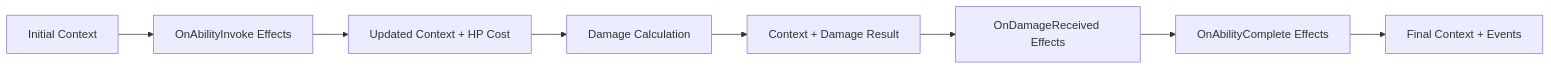
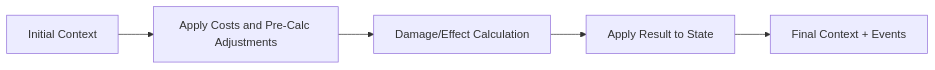
The second of 2 diagrams in docs/enhanced-effects-framework.md (AngelMunoz/Kps), drawn with Mermaid before and after one commit. The commit also changed other lines of this file and 2 other files, not shown here.

Commit message:
refactor(enhanced effects): simplify resolution flow by removing effect hooks and adopting a linear processing approach

````diff
--- a/docs/enhanced-effects-framework.md
+++ b/docs/enhanced-effects-framework.md
@@ -69,10 +62,7 @@
 ```mermaid
 graph LR
-    A[Initial Context] --> B[OnAbilityInvoke Effects]
-    B --> C[Updated Context + HP Cost]
-    C --> D[Damage Calculation]
-    D --> E[Context + Damage Result]
-    E --> F[OnDamageReceived Effects]
-    F --> G[OnAbilityComplete Effects]
-    G --> I[Final Context + Events]
+    A[Initial Context] --> C[Apply Costs and Pre-Calc Adjustments]
+    C --> D[Damage/Effect Calculation]
+    D --> E[Apply Result to State]
+    E --> I[Final Context + Events]
 ```
````
